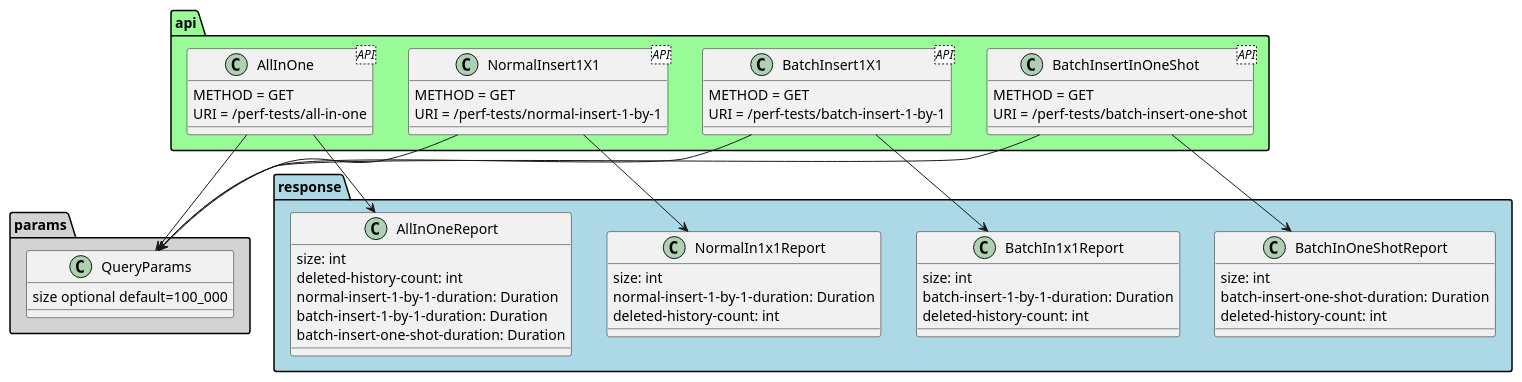
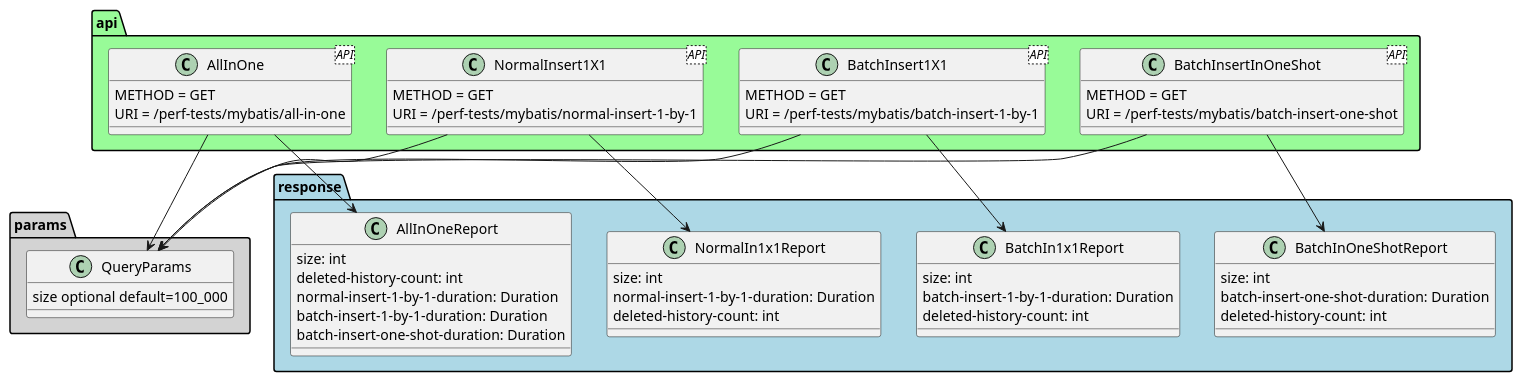
The diagram in batch-insert-100k-records/docs/api-class-view.puml (zpc888/action-speaks-louder), drawn with PlantUML before and after one commit. The commit also changed 9 other files, not shown here.

```diff
--- a/batch-insert-100k-records/docs/api-class-view.puml
+++ b/batch-insert-100k-records/docs/api-class-view.puml
@@ -1,70 +1,70 @@
 @startuml
 'https://plantuml.com/class-diagram
 
 package api #palegreen {
 class BatchInsertInOneShot <API> {
     METHOD = GET
-    URI = /perf-tests/batch-insert-one-shot
+    URI = /perf-tests/mybatis/batch-insert-one-shot
 }
 
 class BatchInsert1X1 <API> {
     METHOD = GET
-    URI = /perf-tests/batch-insert-1-by-1
+    URI = /perf-tests/mybatis/batch-insert-1-by-1
 }
 
 class NormalInsert1X1 <API> {
     METHOD = GET
-    URI = /perf-tests/normal-insert-1-by-1
+    URI = /perf-tests/mybatis/normal-insert-1-by-1
 }
 
 class AllInOne <API> {
     METHOD = GET
-    URI = /perf-tests/all-in-one
+    URI = /perf-tests/mybatis/all-in-one
 }
 }
 
 package params #lightgrey {
   class QueryParams {
      size optional default=100_000
   }
 }
 
 package response #lightblue {
    class BatchInOneShotReport {
        size: int
        batch-insert-one-shot-duration: Duration
        deleted-history-count: int
    }
    class BatchIn1x1Report {
        size: int
        batch-insert-1-by-1-duration: Duration
        deleted-history-count: int
    }
    class NormalIn1x1Report {
        size: int
        normal-insert-1-by-1-duration: Duration
        deleted-history-count: int
    }
    class AllInOneReport {
        size: int
        deleted-history-count: int
        normal-insert-1-by-1-duration: Duration
        batch-insert-1-by-1-duration: Duration
        batch-insert-one-shot-duration: Duration
    }
 }
 
 BatchInsertInOneShot -left-> QueryParams
 BatchInsertInOneShot -right-> BatchInOneShotReport
 
 BatchInsert1X1 --> QueryParams
 BatchInsert1X1 --> BatchIn1x1Report
 
 NormalInsert1X1 --> QueryParams
 NormalInsert1X1 --> NormalIn1x1Report
 
 AllInOne --> QueryParams
 AllInOne --> AllInOneReport
 
 
 @enduml
```
